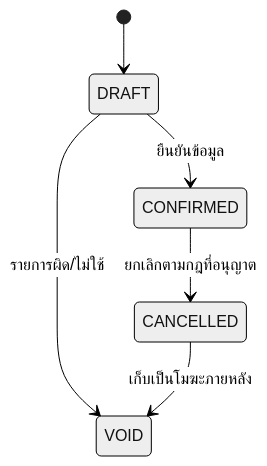
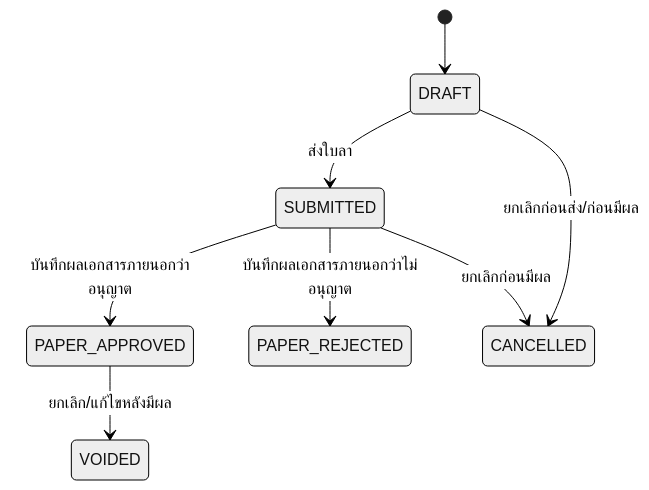
The second of 2 diagrams in ARCHITECTURE.md (sarifmanung/One-Data-System-YalaPao), drawn with Mermaid (neutral theme) before and after one commit. The commit also changed other lines of this file and 4 other files, not shown here.

````diff
--- a/ARCHITECTURE.md
+++ b/ARCHITECTURE.md
@@ -158,8 +162,10 @@
 ```mermaid
 stateDiagram-v2
     [*] --> DRAFT
-    DRAFT --> CONFIRMED: ยืนยันข้อมูล
-    CONFIRMED --> CANCELLED: ยกเลิกตามกฎที่อนุญาต
-    DRAFT --> VOID: รายการผิด/ไม่ใช้
-    CANCELLED --> VOID: เก็บเป็นโมฆะภายหลัง
+    DRAFT --> SUBMITTED: ส่งใบลา
+    SUBMITTED --> PAPER_APPROVED: บันทึกผลเอกสารภายนอกว่าอนุญาต
+    SUBMITTED --> PAPER_REJECTED: บันทึกผลเอกสารภายนอกว่าไม่อนุญาต
+    DRAFT --> CANCELLED: ยกเลิกก่อนส่ง/ก่อนมีผล
+    SUBMITTED --> CANCELLED: ยกเลิกก่อนมีผล
+    PAPER_APPROVED --> VOIDED: ยกเลิก/แก้ไขหลังมีผล
 ```
````
